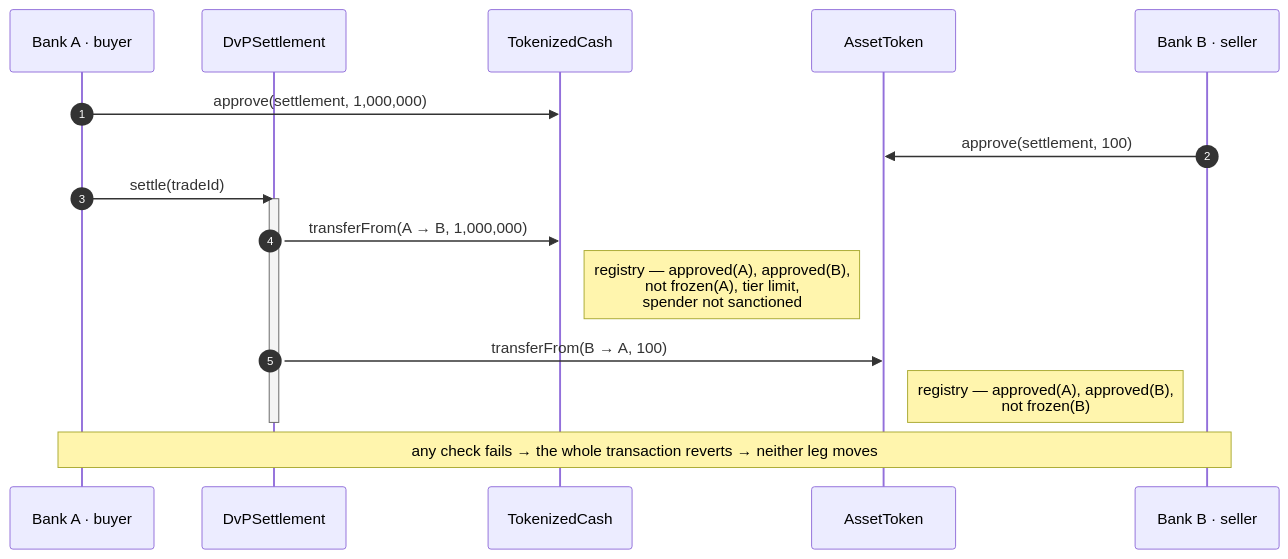
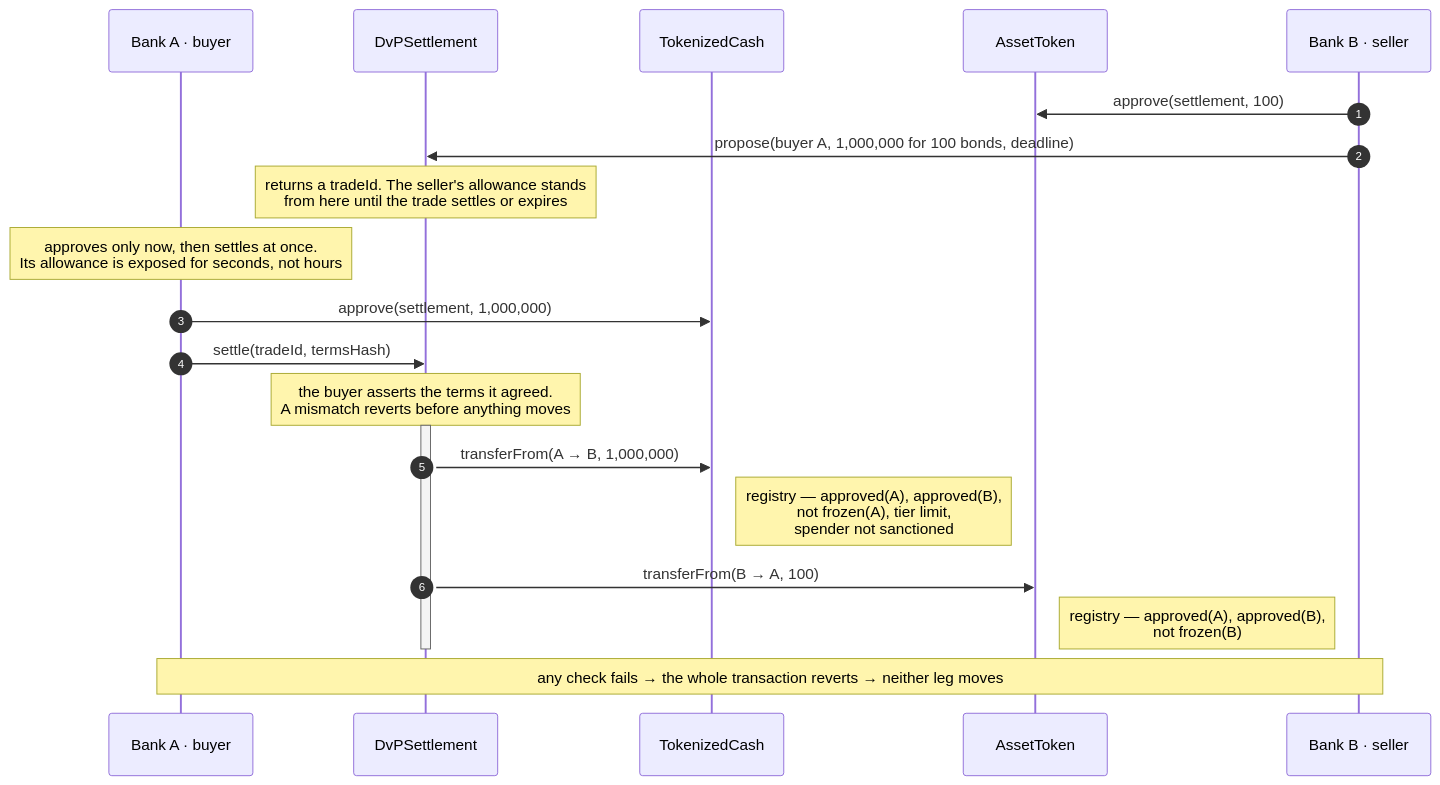
Before and after one commit to jaravan/atomic-settlement: the diagram in README.md, drawn with Mermaid. The commit also changed other lines of this file and 4 other files, not shown here.

````diff
--- a/README.md
+++ b/README.md
@@ -36,20 +56,24 @@
 ```mermaid
 sequenceDiagram
     autonumber
     participant A as Bank A · buyer
     participant S as DvPSettlement
     participant C as TokenizedCash
     participant T as AssetToken
     participant B as Bank B · seller
 
+    B->>T: approve(settlement, 100)
+    B->>S: propose(buyer A, 1,000,000 for 100 bonds, deadline)
+    Note over S: returns a tradeId. The seller's allowance stands<br/>from here until the trade settles or expires
+    Note over A: approves only now, then settles at once.<br/>Its allowance is exposed for seconds, not hours
     A->>C: approve(settlement, 1,000,000)
-    B->>T: approve(settlement, 100)
-    A->>S: settle(tradeId)
+    A->>S: settle(tradeId, termsHash)
+    Note over S: the buyer asserts the terms it agreed.<br/>A mismatch reverts before anything moves
     activate S
     S->>C: transferFrom(A → B, 1,000,000)
     Note right of C: registry — approved(A), approved(B),<br/>not frozen(A), tier limit,<br/>spender not sanctioned
     S->>T: transferFrom(B → A, 100)
     Note right of T: registry — approved(A), approved(B),<br/>not frozen(B)
     deactivate S
     Note over A,B: any check fails → the whole transaction reverts → neither leg moves
 ```
````
